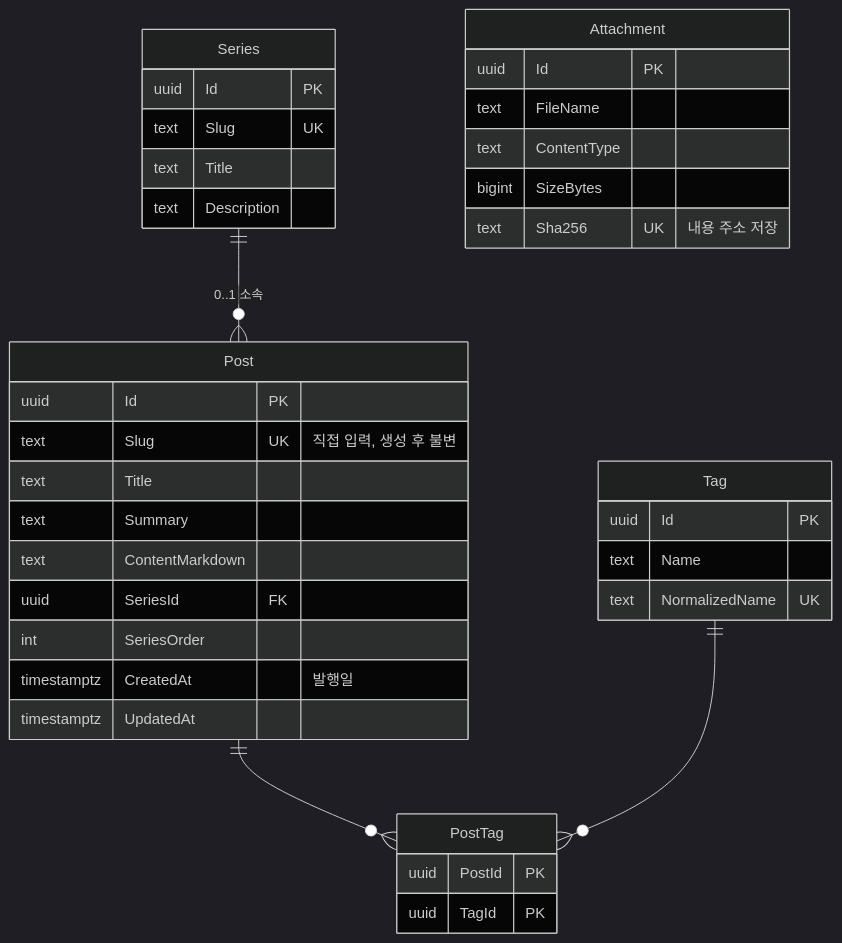
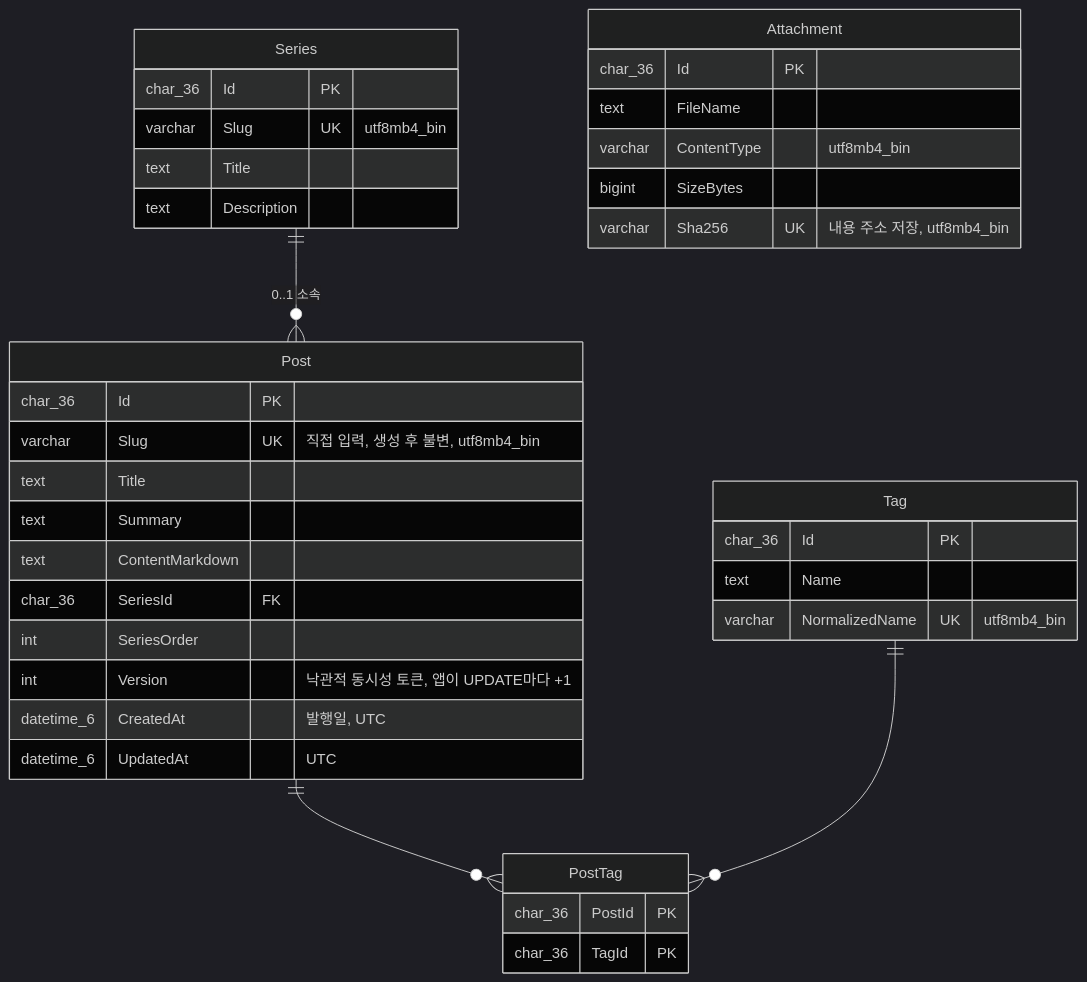
Before and after one commit to BerryBless/WebProject: the fifth of 5 diagrams in docs/architecture.md, drawn with Mermaid (dark theme). The commit also changed other lines of this file and 9 other files, not shown here.

````diff
--- a/docs/architecture.md
+++ b/docs/architecture.md
@@ -163,39 +163,40 @@
 ```mermaid
 erDiagram
     Series ||--o{ Post : "0..1 소속"
     Post ||--o{ PostTag : ""
     Tag ||--o{ PostTag : ""
     Post {
-        uuid Id PK
-        text Slug UK "직접 입력, 생성 후 불변"
+        char_36 Id PK
+        varchar Slug UK "직접 입력, 생성 후 불변, utf8mb4_bin"
         text Title
         text Summary
         text ContentMarkdown
-        uuid SeriesId FK
+        char_36 SeriesId FK
         int SeriesOrder
-        timestamptz CreatedAt "발행일"
-        timestamptz UpdatedAt
+        int Version "낙관적 동시성 토큰, 앱이 UPDATE마다 +1"
+        datetime_6 CreatedAt "발행일, UTC"
+        datetime_6 UpdatedAt "UTC"
     }
     Series {
-        uuid Id PK
-        text Slug UK
+        char_36 Id PK
+        varchar Slug UK "utf8mb4_bin"
         text Title
         text Description
     }
     Tag {
-        uuid Id PK
+        char_36 Id PK
         text Name
-        text NormalizedName UK
+        varchar NormalizedName UK "utf8mb4_bin"
     }
     PostTag {
-        uuid PostId PK
-        uuid TagId PK
+        char_36 PostId PK
+        char_36 TagId PK
     }
     Attachment {
-        uuid Id PK
+        char_36 Id PK
         text FileName
-        text ContentType
+        varchar ContentType "utf8mb4_bin"
         bigint SizeBytes
-        text Sha256 UK "내용 주소 저장"
+        varchar Sha256 UK "내용 주소 저장, utf8mb4_bin"
     }
 ```
````
